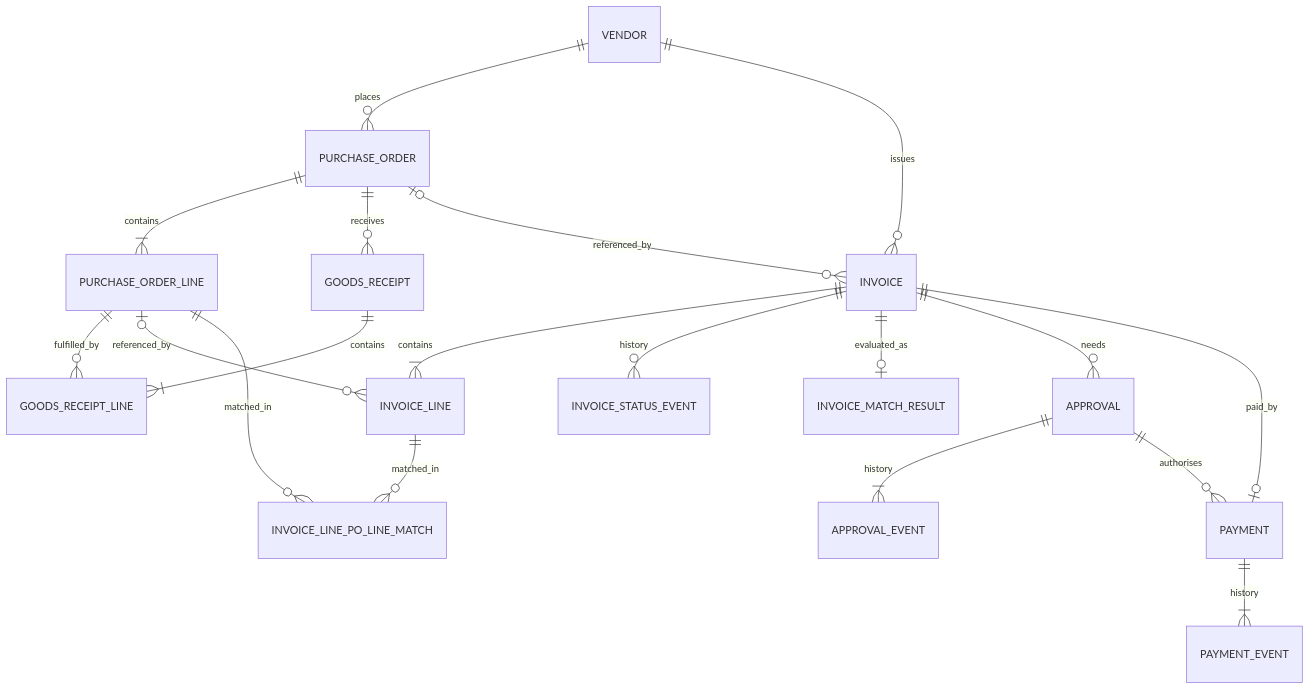
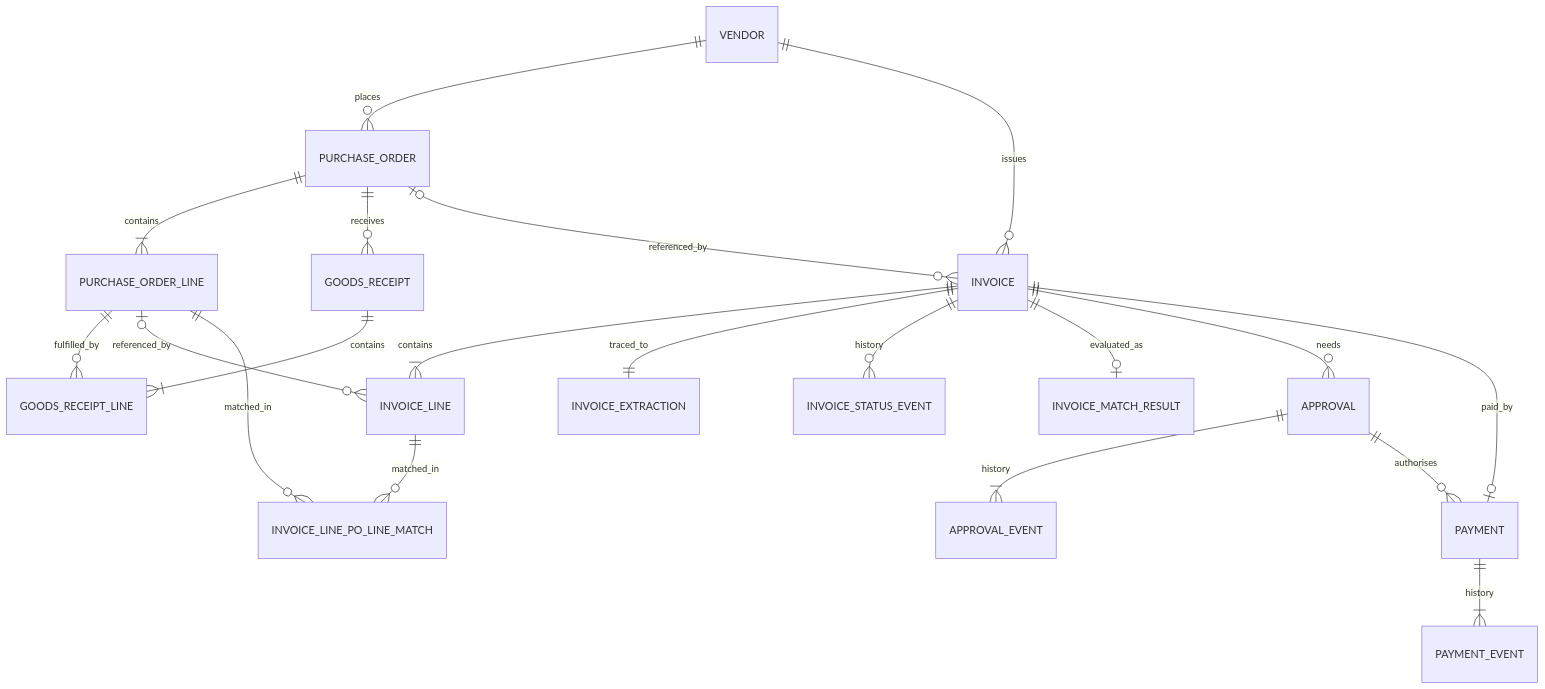
One commit to Balama2520/invoice-3way-match-synthetic-data changed the diagram in docs/er_diagram.md. Above: the diagram before and after it, drawn with Mermaid. The commit also changed other lines of this file and 6 other files, not shown here.

````diff
--- a/docs/er_diagram.md
+++ b/docs/er_diagram.md
@@ -3,21 +3,22 @@
 ```mermaid
 erDiagram
   VENDOR ||--o{ PURCHASE_ORDER : places
   VENDOR ||--o{ INVOICE : issues
   PURCHASE_ORDER ||--|{ PURCHASE_ORDER_LINE : contains
   PURCHASE_ORDER ||--o{ GOODS_RECEIPT : receives
   GOODS_RECEIPT ||--|{ GOODS_RECEIPT_LINE : contains
   PURCHASE_ORDER_LINE ||--o{ GOODS_RECEIPT_LINE : fulfilled_by
   PURCHASE_ORDER |o--o{ INVOICE : referenced_by
   INVOICE ||--|{ INVOICE_LINE : contains
+  INVOICE ||--|| INVOICE_EXTRACTION : traced_to
   PURCHASE_ORDER_LINE |o--o{ INVOICE_LINE : referenced_by
   INVOICE_LINE ||--o{ INVOICE_LINE_PO_LINE_MATCH : matched_in
   PURCHASE_ORDER_LINE ||--o{ INVOICE_LINE_PO_LINE_MATCH : matched_in
   INVOICE ||--o{ INVOICE_STATUS_EVENT : history
   INVOICE ||--o| INVOICE_MATCH_RESULT : evaluated_as
   INVOICE ||--o{ APPROVAL : needs
   APPROVAL ||--|{ APPROVAL_EVENT : history
   INVOICE ||--o| PAYMENT : paid_by
   APPROVAL ||--o{ PAYMENT : authorises
   PAYMENT ||--|{ PAYMENT_EVENT : history
 ```
````
